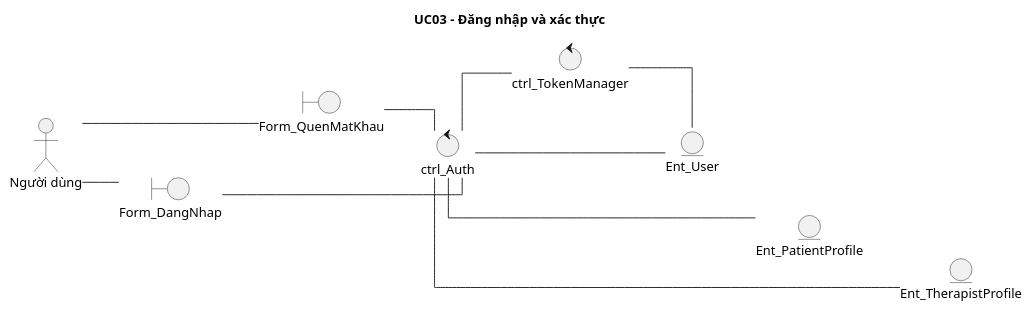
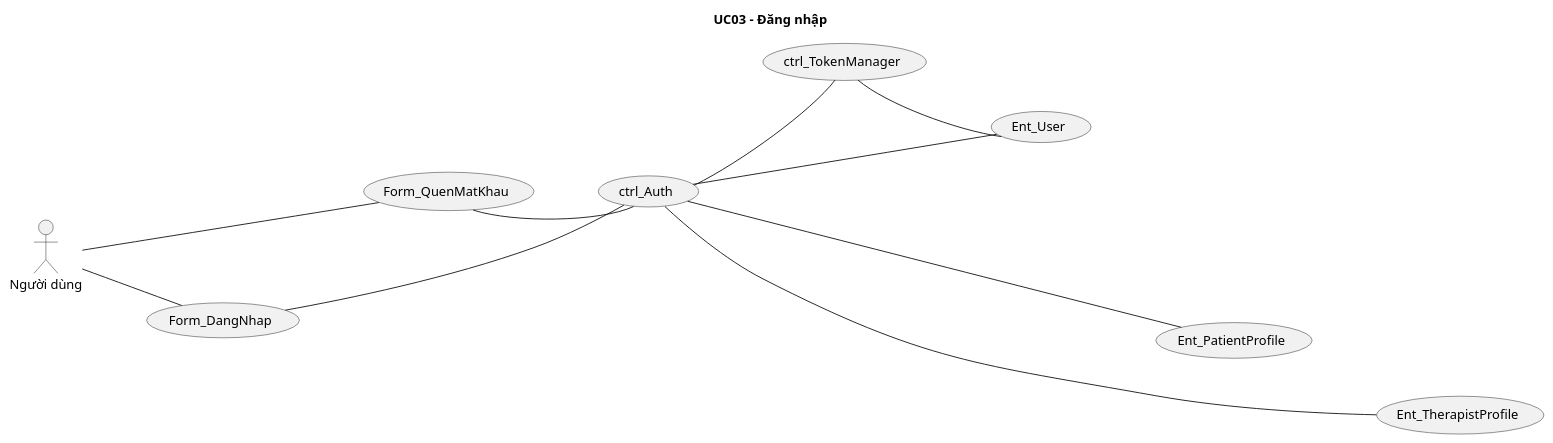
Before and after one commit to phuongtech24/do_an: the diagram in docs/diagrams/Bieudolop/uc03_login_bieudolop.puml, drawn with PlantUML. The commit also changed 61 other files, not shown here.

```diff
--- a/docs/diagrams/Bieudolop/uc03_login_bieudolop.puml
+++ b/docs/diagrams/Bieudolop/uc03_login_bieudolop.puml
@@ -1,31 +1,41 @@
 @startuml
 skinparam defaultFontName "Times New Roman"
 skinparam shadowing false
 skinparam monochrome true
-skinparam linetype ortho
-skinparam nodesep 45
-skinparam ranksep 40
-title UC03 - Đăng nhập và xác thực
+skinparam nodesep 80
+skinparam ranksep 70
+skinparam usecaseFontSize 14
 left to right direction
+title UC03 - Đăng nhập
+
 actor "Người dùng" as A
-boundary "Form_DangNhap" as B1
-boundary "Form_QuenMatKhau" as B2
-control "ctrl_Auth" as C1
-control "ctrl_TokenManager" as C2
-entity "Ent_User" as E1
-entity "Ent_PatientProfile" as E2
-entity "Ent_TherapistProfile" as E3
-B1 -[hidden]down-> B2
-C1 -[hidden]down-> C2
-E1 -[hidden]down-> E2
-E2 -[hidden]down-> E3
+
+usecase "Form_DangNhap" as B1
+usecase "Form_QuenMatKhau" as B2
+
+usecase "ctrl_Auth" as C1
+usecase "ctrl_TokenManager" as C2
+
+usecase "Ent_User" as E1
+usecase "Ent_PatientProfile" as E2
+usecase "Ent_TherapistProfile" as E3
+
 A -- B1
 A -- B2
+
 B1 -- C1
 B2 -- C1
+
 C1 -- C2
 C1 -- E1
 C1 -- E2
 C1 -- E3
 C2 -- E1
+
+B1 -[hidden]-> B2
+B2 -[hidden]-> C1
+C1 -[hidden]-> C2
+C2 -[hidden]-> E1
+E1 -[hidden]down-> E2
+E2 -[hidden]down-> E3
 @enduml
```
